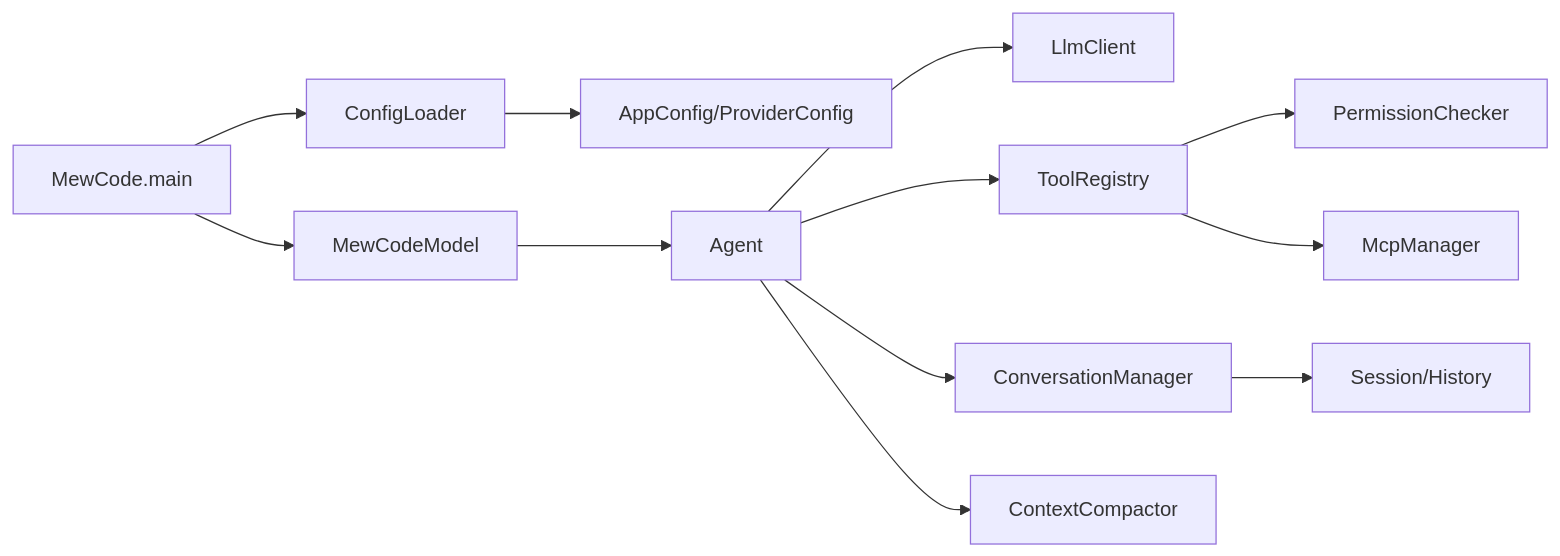
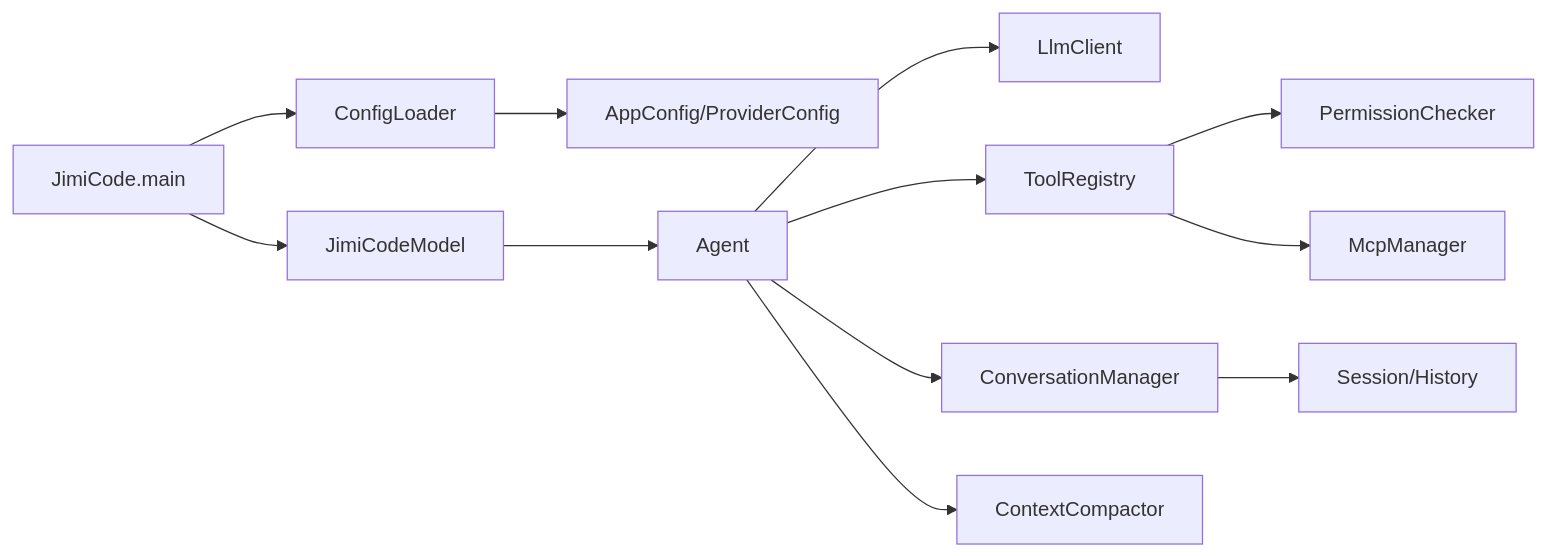
The diagram in study-notes/sourcebook/01-项目总览与学习地图.md (manyuenashunjian/jimi-code), drawn with Mermaid before and after one commit. The commit also changed other lines of this file and 379 other files, not shown here.

````diff
--- a/study-notes/sourcebook/01-项目总览与学习地图.md
+++ b/study-notes/sourcebook/01-项目总览与学习地图.md
@@ -13,14 +13,14 @@
 ```mermaid
 flowchart LR
-    A[MewCode.main] --> B[ConfigLoader]
+    A[JimiCode.main] --> B[ConfigLoader]
     B --> C[AppConfig/ProviderConfig]
-    A --> D[MewCodeModel]
+    A --> D[JimiCodeModel]
     D --> E[Agent]
     E --> F[LlmClient]
     E --> G[ToolRegistry]
     G --> H[PermissionChecker]
     G --> I[McpManager]
     E --> J[ConversationManager]
     J --> K[Session/History]
     E --> L[ContextCompactor]
 ```
````
